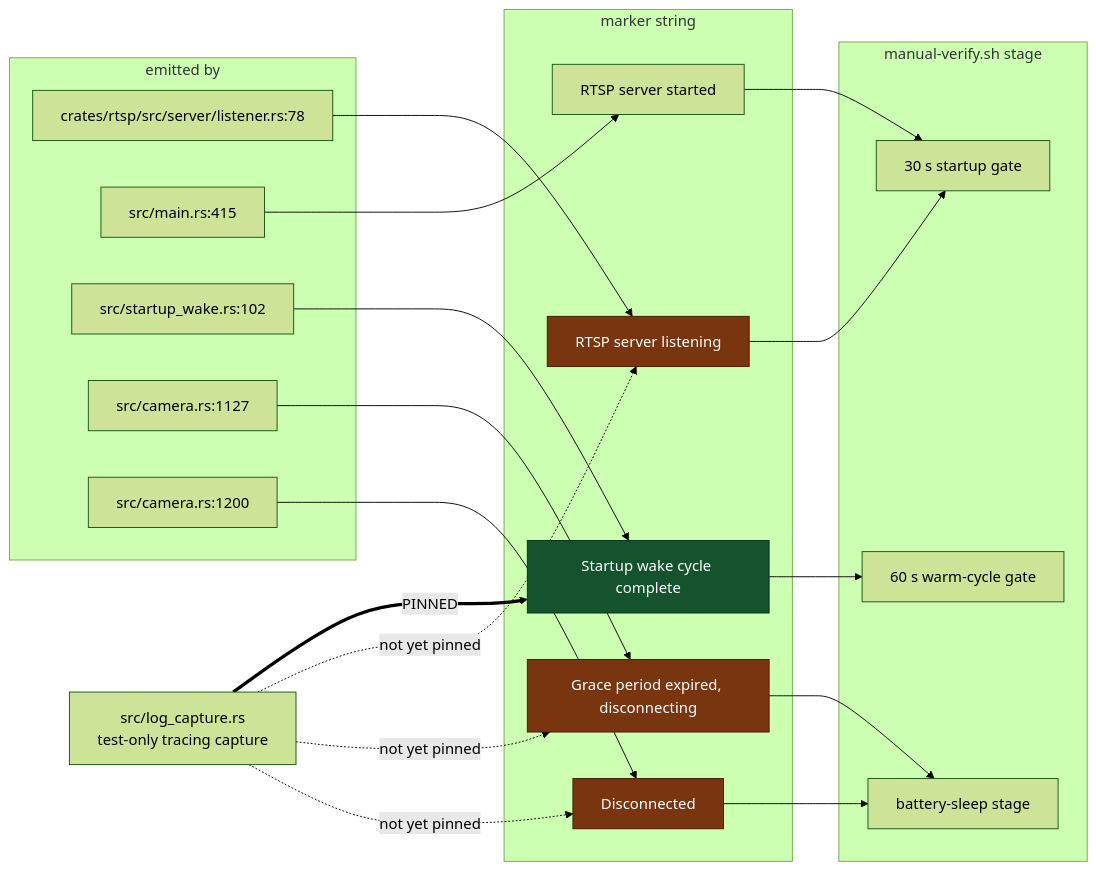
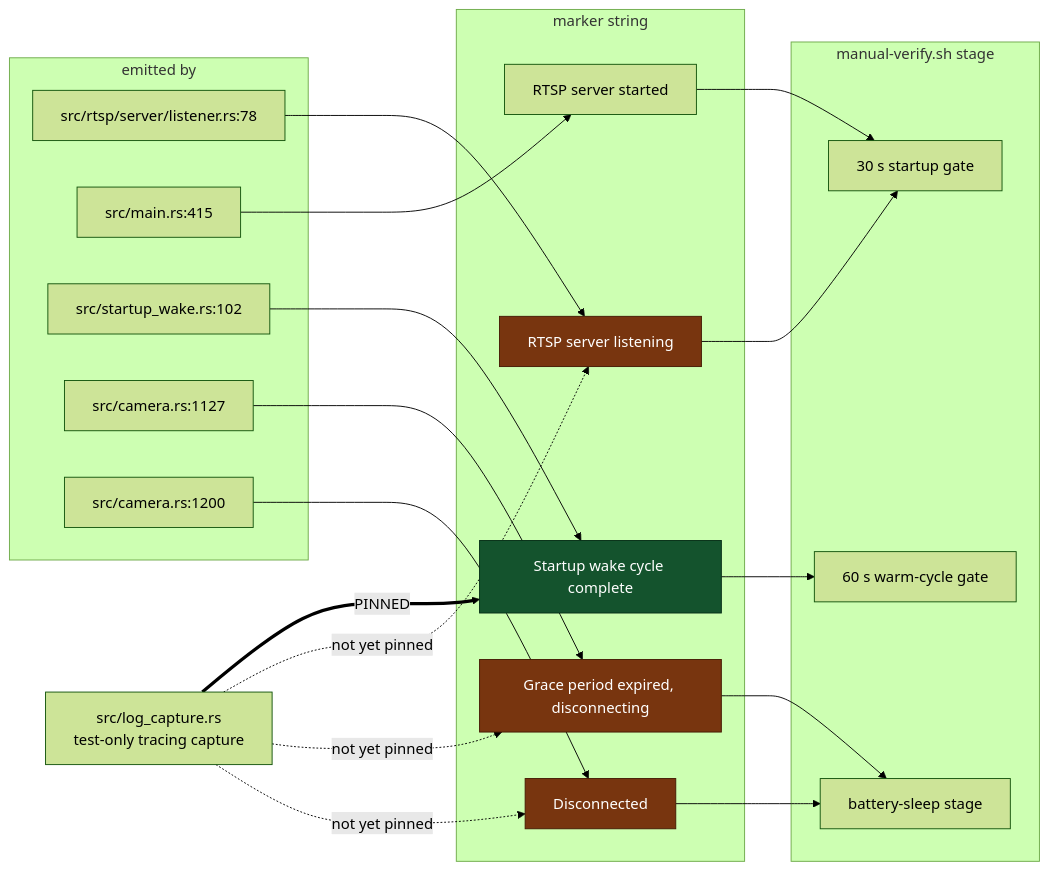
One commit to hsoj/bairelay changed diagram 14 of 14 in docs/code-paths.md. Above: the diagram before and after it, drawn with Mermaid (forest theme). The commit also changed other lines of this file and 369 other files, not shown here.

````diff
--- a/docs/code-paths.md
+++ b/docs/code-paths.md
@@ -739,41 +739,41 @@
 ```mermaid
 flowchart LR
     subgraph EMIT ["emitted by"]
-        E1["crates/rtsp/src/server/listener.rs:78"]
+        E1["src/rtsp/server/listener.rs:78"]
         E2["src/main.rs:415"]
         E3["src/startup_wake.rs:102"]
         E4["src/camera.rs:1127"]
         E5["src/camera.rs:1200"]
     end
 
     subgraph MARK ["marker string"]
         M1["RTSP server listening"]
         M2["RTSP server started"]
         M3["Startup wake cycle complete"]
         M4["Grace period expired, disconnecting"]
         M5["Disconnected"]
     end
 
     subgraph USE ["manual-verify.sh stage"]
         U1["30 s startup gate"]
         U2["60 s warm-cycle gate"]
         U3["battery-sleep stage"]
     end
 
     E1 --> M1 --> U1
     E2 --> M2 --> U1
     E3 --> M3 --> U2
     E4 --> M4 --> U3
     E5 --> M5 --> U3
 
     PIN["src/log_capture.rs<br/>test-only tracing capture"]
     PIN ==>|"PINNED"| M3
     PIN -.->|"not yet pinned"| M1
     PIN -.->|"not yet pinned"| M4
     PIN -.->|"not yet pinned"| M5
 
     classDef pinned fill:#14532d,stroke:#052e16,color:#fff
     classDef loose fill:#78350f,stroke:#451a03,color:#fff
     class M3 pinned
     class M1,M4,M5 loose
 ```
````
